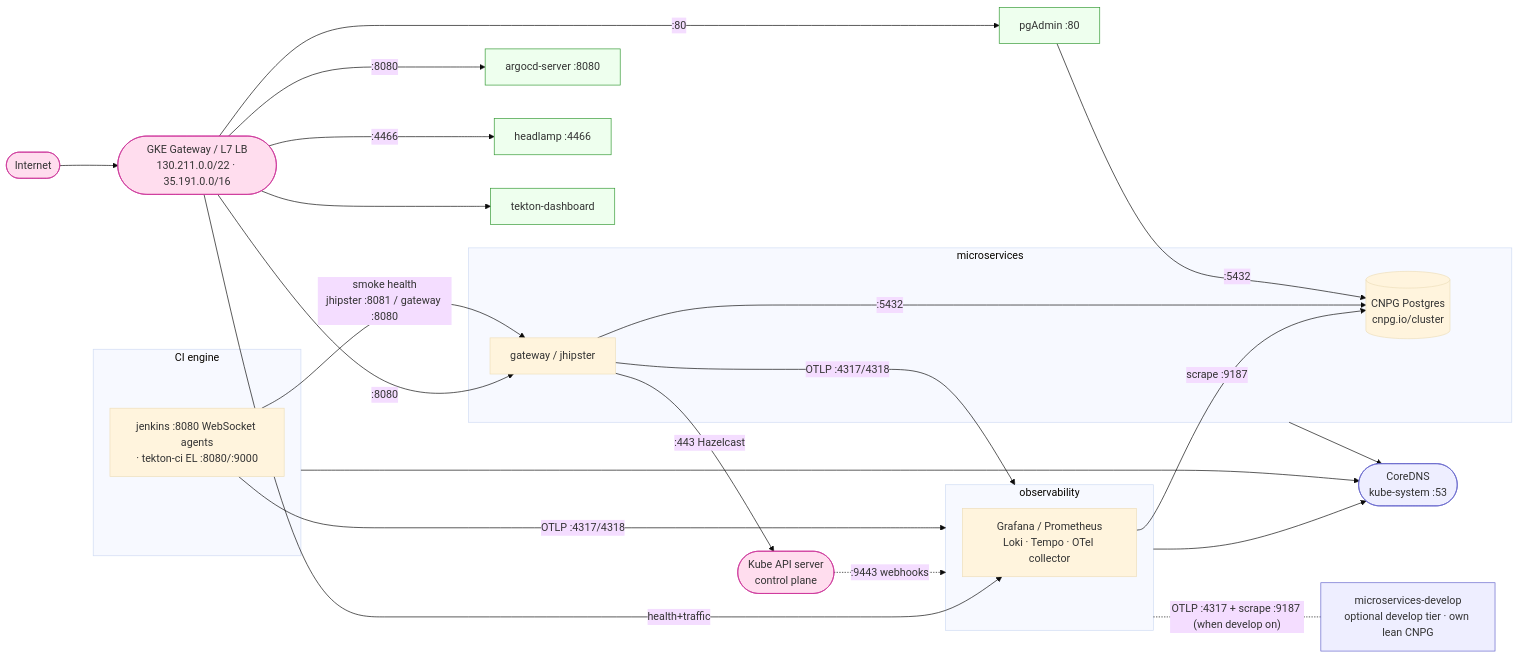
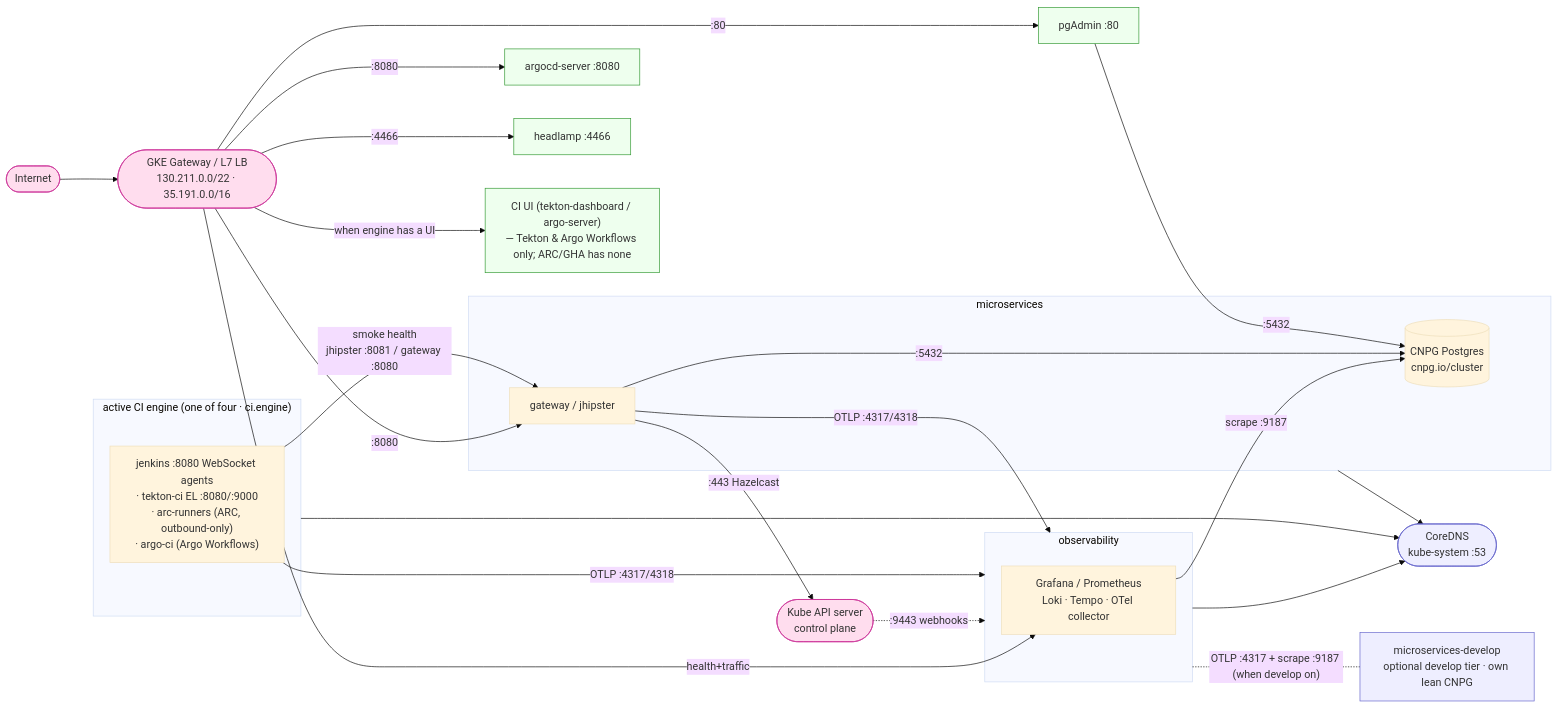
Before and after one commit to nubenetes/jenkins-2026: the seventh of 12 diagrams in docs/501-PLATFORM_OPERATIONS.md, drawn with Mermaid (base theme). The commit also changed other lines of this file and 28 other files, not shown here.

````diff
--- a/docs/501-PLATFORM_OPERATIONS.md
+++ b/docs/501-PLATFORM_OPERATIONS.md
@@ -569,50 +575,50 @@
 ```mermaid
 flowchart LR
   net([Internet]):::ext
   lb([GKE Gateway / L7 LB<br/>130.211.0.0/22 · 35.191.0.0/16]):::ext
   api([Kube API server<br/>control plane]):::ext
   dns([CoreDNS<br/>kube-system :53]):::infra
 
   net --> lb
 
   subgraph obs[observability]
     graf[Grafana / Prometheus<br/>Loki · Tempo · OTel collector]
   end
   subgraph ms[microservices]
     gw[gateway / jhipster]
     pg[(CNPG Postgres<br/>cnpg.io/cluster)]
   end
   msd[microservices-develop<br/>optional develop tier · own lean CNPG]:::infra
-  subgraph ci[CI engine]
-    cieng[jenkins :8080 WebSocket agents<br/>· tekton-ci EL :8080/:9000]
+  subgraph ci["active CI engine (one of four · ci.engine)"]
+    cieng["jenkins :8080 WebSocket agents<br/>· tekton-ci EL :8080/:9000<br/>· arc-runners (ARC, outbound-only)<br/>· argo-ci (Argo Workflows)"]
   end
   argocd[argocd-server :8080]:::ui
   headlamp[headlamp :4466]:::ui
   pgadmin[pgAdmin :80]:::ui
-  tkdash[tekton-dashboard]:::ui
+  ciui["CI UI (tekton-dashboard / argo-server)<br/>— Tekton &amp; Argo Workflows only; ARC/GHA has none"]:::ui
 
   lb -->|:8080| gw
   lb -->|health+traffic| graf
   lb -->|:8080| argocd
   lb -->|:4466| headlamp
   lb -->|:80| pgadmin
-  lb --> tkdash
+  lb -->|when engine has a UI| ciui
 
   api -.->|:9443 webhooks| obs
   cieng -->|OTLP :4317/4318| obs
   cieng -->|smoke health<br/>jhipster :8081 / gateway :8080| gw
   gw -->|OTLP :4317/4318| obs
   graf -->|scrape :9187| pg
   gw -->|:5432| pg
   gw -->|:443 Hazelcast| api
   pgadmin -->|:5432| pg
   obs -. "OTLP :4317 + scrape :9187 (when develop on)" .- msd
 
   obs --> dns
   ms --> dns
   ci --> dns
 
   classDef ext fill:#fde,stroke:#c39;
   classDef infra fill:#eef,stroke:#66c;
   classDef ui fill:#efe,stroke:#393;
 ```
````
